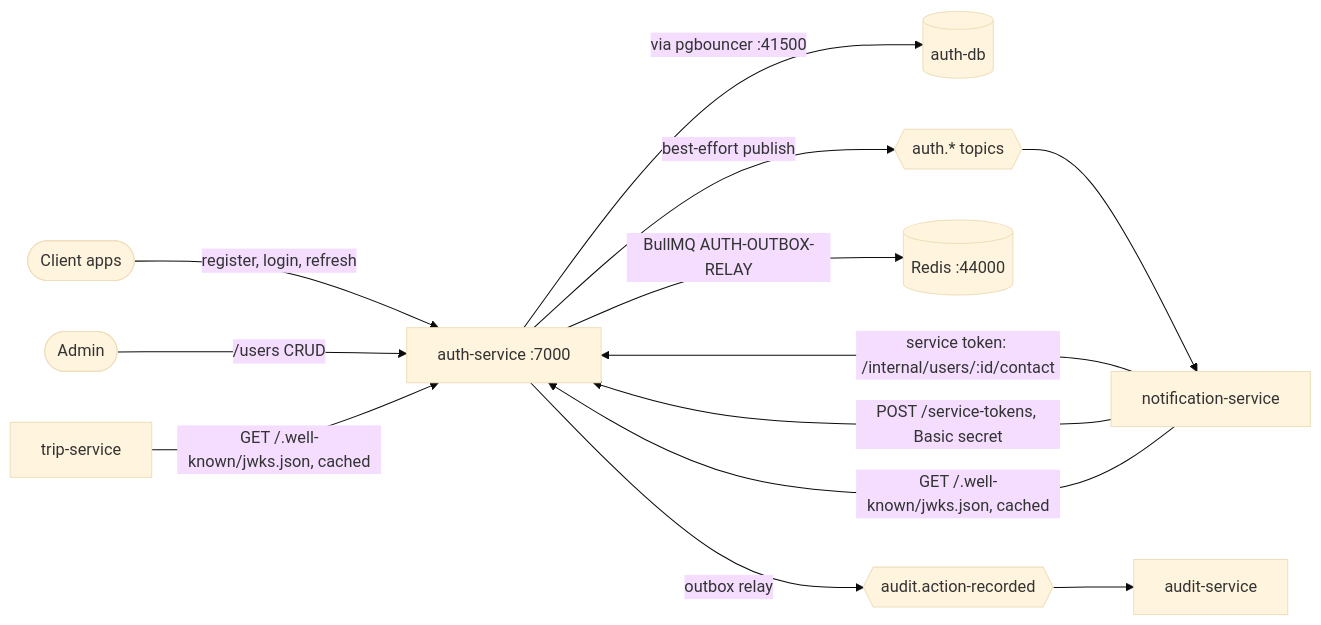
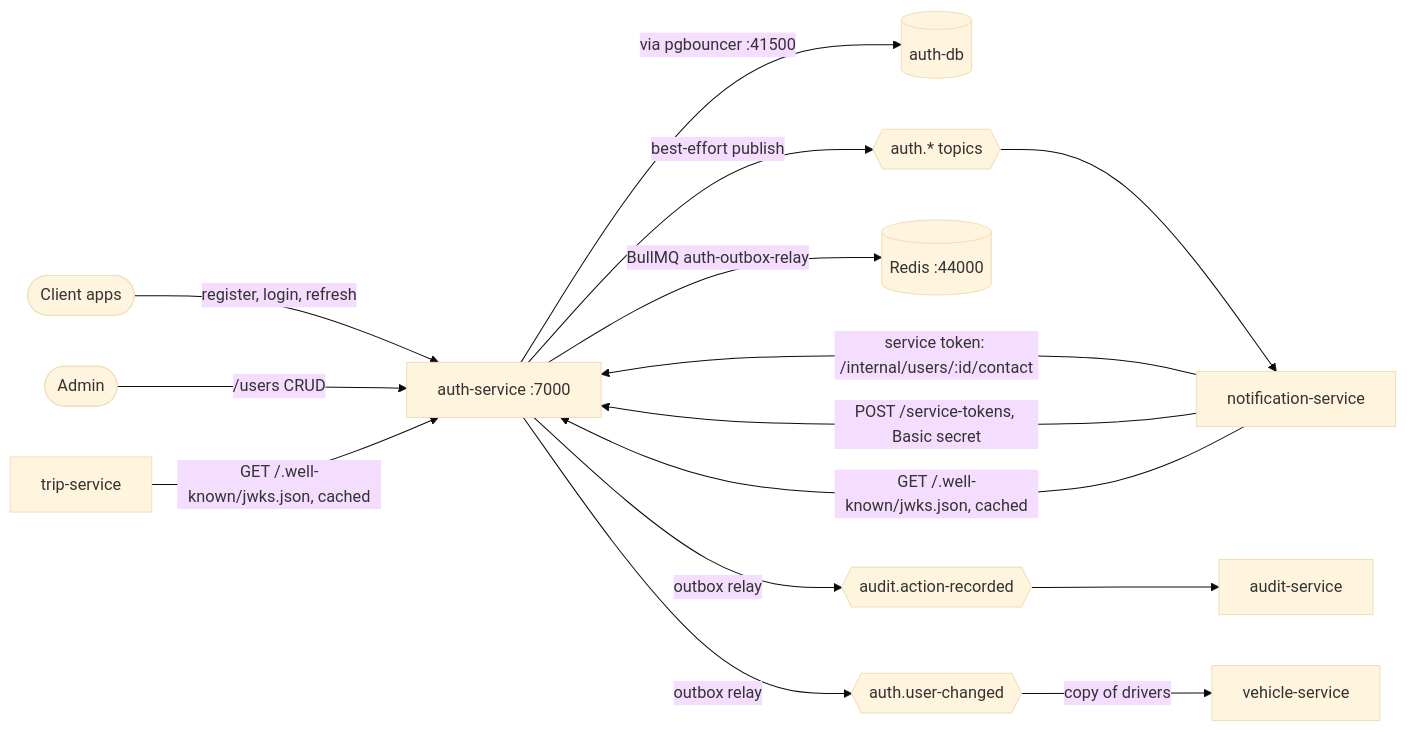
The first of 7 diagrams in docs/services/auth-service.md (Mohammed-Taysser/masr3), drawn with Mermaid (base theme) before and after one commit. The commit also changed other lines of this file and 15 other files, not shown here.

Commit message:
feat: publish auth.user-changed snapshots through auth-service's outbox

````diff
--- a/docs/services/auth-service.md
+++ b/docs/services/auth-service.md
@@ -16,15 +17,17 @@
 ```mermaid
 flowchart LR
   app([Client apps]) -->|register, login, refresh| auth[auth-service :7000]
   admin([Admin]) -->|/users CRUD| auth
   auth -->|via pgbouncer :41500| db[(auth-db)]
   auth -->|best-effort publish| topics{{auth.* topics}}
   topics --> notification[notification-service]
-  auth -->|BullMQ AUTH-OUTBOX-RELAY| redis[(Redis :44000)]
+  auth -->|BullMQ auth-outbox-relay| redis[(Redis :44000)]
   auth -->|outbox relay| audit{{audit.action-recorded}}
   audit --> auditService[audit-service]
+  auth -->|outbox relay| changed{{auth.user-changed}}
+  changed -->|copy of drivers| vehicle[vehicle-service]
   notification -->|service token: /internal/users/:id/contact| auth
   notification -->|POST /service-tokens, Basic secret| auth
   trip[trip-service] -->|GET /.well-known/jwks.json, cached| auth
   notification -->|GET /.well-known/jwks.json, cached| auth
 ```
````
